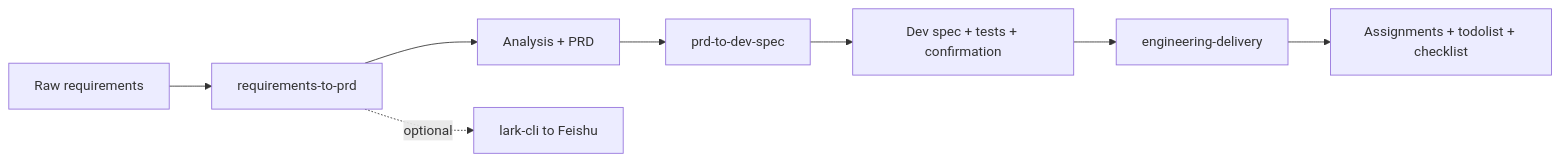
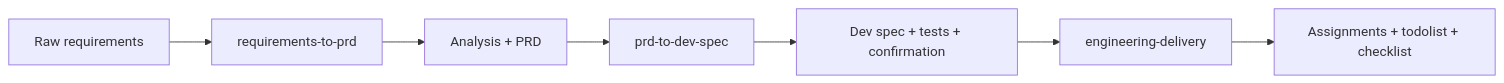
One commit to Lucky2024-pllove/req-to-prd-to-dev-eng-all-skills changed the diagram in README.en.md. Above: the diagram before and after it, drawn with Mermaid. The commit also changed other lines of this file and 24 other files, not shown here.

First line of the commit message:
chore(requirements-to-prd): remove lark-cli and Feishu integration

````diff
--- a/README.en.md
+++ b/README.en.md
@@ -52,10 +52,9 @@
 ```mermaid
 flowchart LR
   R[Raw requirements] --> S1[requirements-to-prd]
   S1 --> A[Analysis + PRD]
   A --> S2[prd-to-dev-spec]
   S2 --> B[Dev spec + tests + confirmation]
   B --> S3[engineering-delivery]
   S3 --> C[Assignments + todolist + checklist]
-  S1 -.->|optional| F[lark-cli to Feishu]
 ```
````
